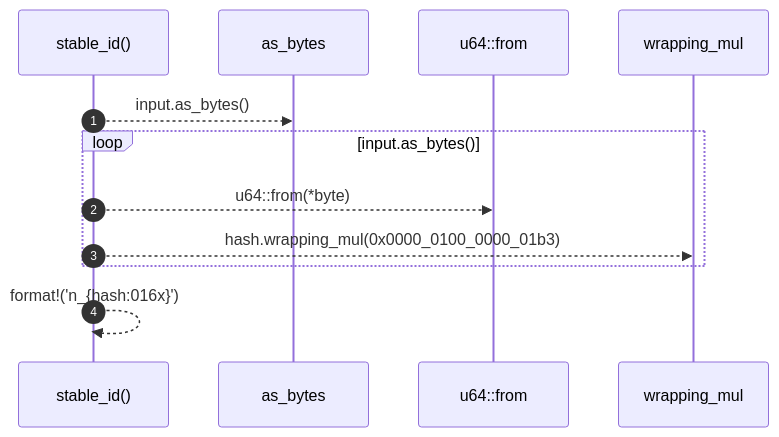
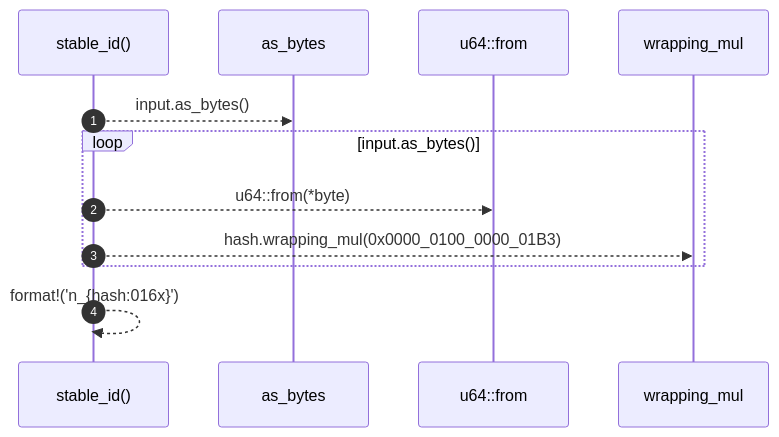
The diagram in docs/self-model/robby_render/util/stable-id.md (RyanGuild/self-describing-code), drawn with Mermaid before and after one commit. The commit also changed other lines of this file and 747 other files, not shown here.

````diff
--- a/docs/self-model/robby_render/util/stable-id.md
+++ b/docs/self-model/robby_render/util/stable-id.md
@@ -26,14 +26,14 @@
 ```mermaid
 sequenceDiagram
     autonumber
     participant stable_id as stable_id()
     participant as_bytes as as_bytes
     participant u64__from as u64::from
     participant wrapping_mul as wrapping_mul
     stable_id-->>as_bytes: input.as_bytes()
     loop input.as_bytes()
     stable_id-->>u64__from: u64::from(*byte)
-    stable_id-->>wrapping_mul: hash.wrapping_mul(0x0000_0100_0000_01b3)
+    stable_id-->>wrapping_mul: hash.wrapping_mul(0x0000_0100_0000_01B3)
     end
     stable_id-->>stable_id: format!('n_{hash:016x}')
 ```
````
